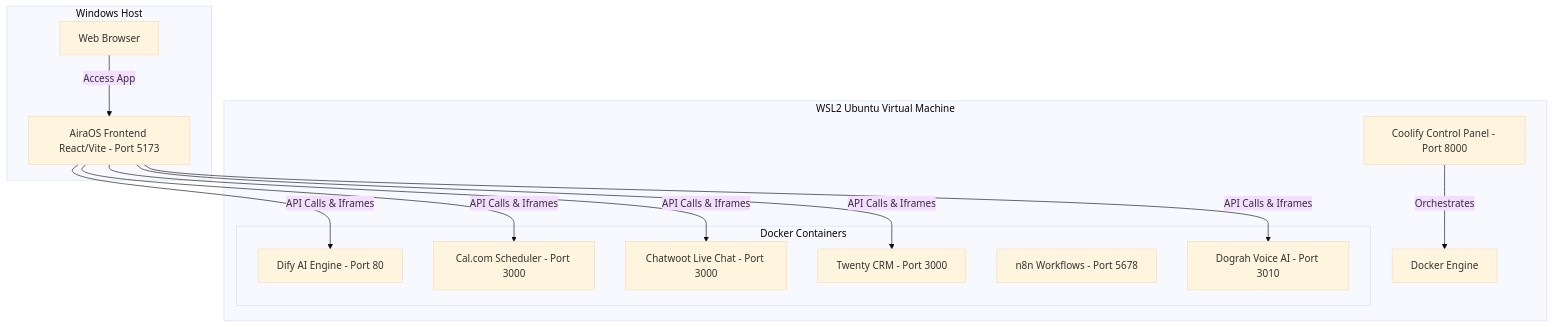
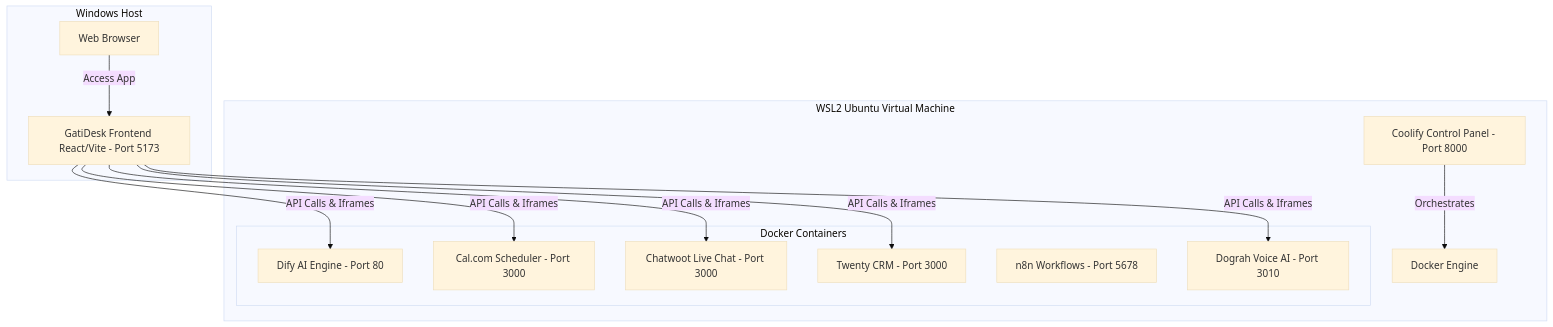
One commit to jayarampogakula/airaos changed the diagram in local_setup_guide.md. Above: the diagram before and after it, drawn with Mermaid (base theme). The commit also changed other lines of this file and 32 other files, not shown here.

Commit message:
feat: implement visual AI flow builder & perform platform-wide rebranding to GatiDesk

````diff
--- a/local_setup_guide.md
+++ b/local_setup_guide.md
@@ -9,29 +9,29 @@
 ```mermaid
 graph TD
     subgraph Windows Host
-        AiraOS[AiraOS Frontend React/Vite - Port 5173]
+        GatiDesk[GatiDesk Frontend React/Vite - Port 5173]
         Browser[Web Browser]
     end
 
     subgraph WSL2 Ubuntu Virtual Machine
         Coolify[Coolify Control Panel - Port 8000]
         Docker[Docker Engine]
 
         subgraph Docker Containers
             Dify[Dify AI Engine - Port 80]
             Cal[Cal.com Scheduler - Port 3000]
             Chatwoot[Chatwoot Live Chat - Port 3000]
             Twenty[Twenty CRM - Port 3000]
             n8n[n8n Workflows - Port 5678]
             Dograh[Dograh Voice AI - Port 3010]
         end
     end
 
-    Browser -->|Access App| AiraOS
-    AiraOS -->|API Calls & Iframes| Dify
-    AiraOS -->|API Calls & Iframes| Cal
-    AiraOS -->|API Calls & Iframes| Chatwoot
-    AiraOS -->|API Calls & Iframes| Twenty
-    AiraOS -->|API Calls & Iframes| Dograh
+    Browser -->|Access App| GatiDesk
+    GatiDesk -->|API Calls & Iframes| Dify
+    GatiDesk -->|API Calls & Iframes| Cal
+    GatiDesk -->|API Calls & Iframes| Chatwoot
+    GatiDesk -->|API Calls & Iframes| Twenty
+    GatiDesk -->|API Calls & Iframes| Dograh
     Coolify -->|Orchestrates| Docker
 ```
````
